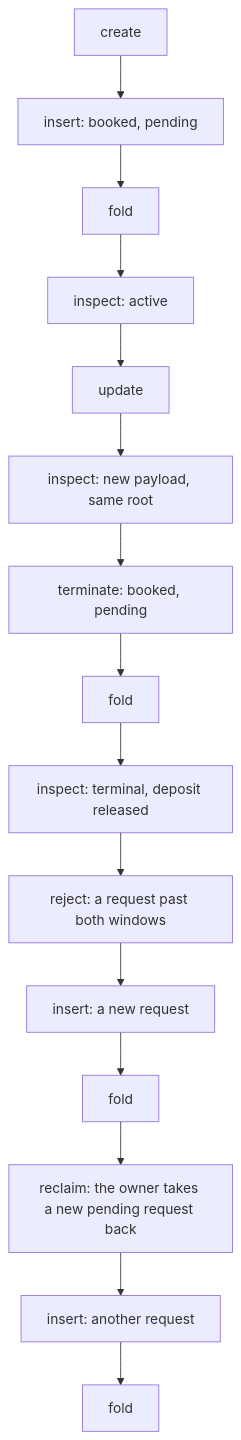
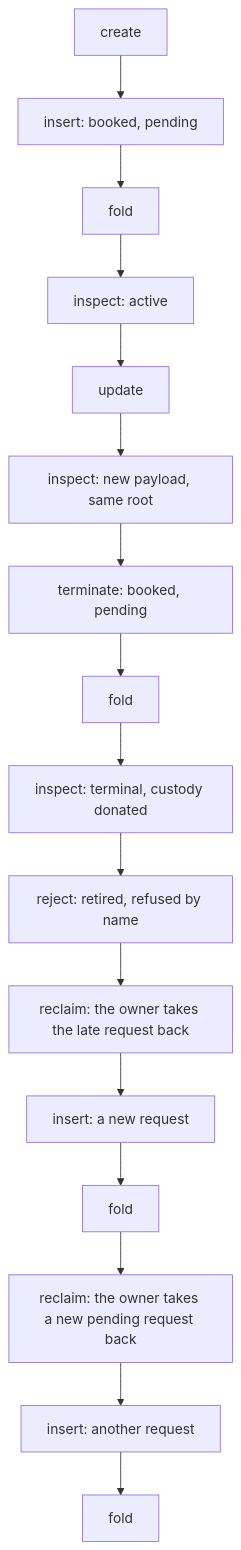
The diagram in onchain-release/DEMO1.md (lambdasistemi/singular), drawn with Mermaid before and after one commit. The commit also changed other lines of this file and 65 other files, not shown here.

````diff
--- a/onchain-release/DEMO1.md
+++ b/onchain-release/DEMO1.md
@@ -51,17 +52,18 @@
 ```mermaid
 flowchart TB
   Create[create] --> Insert[insert: booked, pending]
   Insert --> Fold1[fold]
   Fold1 --> Inspect1[inspect: active]
   Inspect1 --> Update[update]
   Update --> Inspect2[inspect: new payload, same root]
   Inspect2 --> Terminate[terminate: booked, pending]
   Terminate --> Fold2[fold]
-  Fold2 --> Inspect3[inspect: terminal, deposit released]
-  Inspect3 --> Reject[reject: a request past both windows]
-  Reject --> Insert2[insert: a new request]
+  Fold2 --> Inspect3[inspect: terminal, custody donated]
+  Inspect3 --> Reject[reject: retired, refused by name]
+  Reject --> LateReclaim[reclaim: the owner takes the late request back]
+  LateReclaim --> Insert2[insert: a new request]
   Insert2 --> Fold3[fold]
   Fold3 --> Reclaim[reclaim: the owner takes a new pending request back]
   Reclaim --> Insert3[insert: another request]
   Insert3 --> Fold4[fold]
 ```
````
